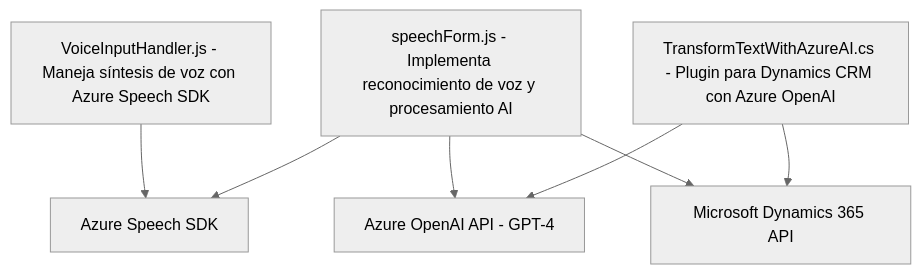
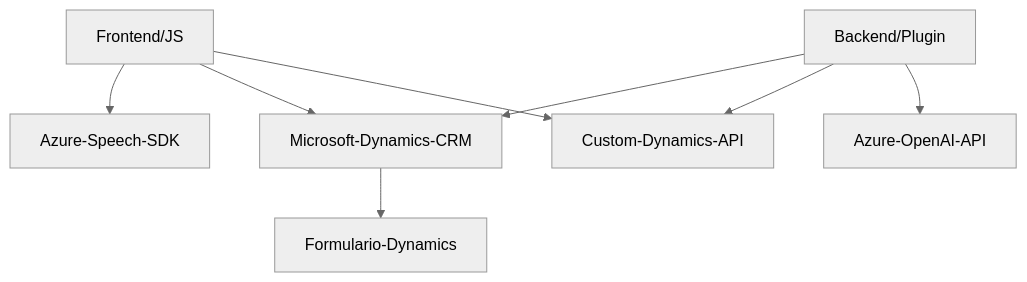
Before and after one commit to blopezdm/NETCORE_BILBAO2025: the diagram in README.md, drawn with Mermaid (neutral theme). The commit also changed other lines of this file, not shown here.

Commit message:
Actualizar análisis global de la solución con IA

````diff
--- a/README.md
+++ b/README.md
@@ -41,16 +46,18 @@
 ```mermaid
 graph TD
-    A["VoiceInputHandler.js - Maneja síntesis de voz con Azure Speech SDK"]
-    B["speechForm.js - Implementa reconocimiento de voz y procesamiento AI"]
-    C["TransformTextWithAzureAI.cs - Plugin para Dynamics CRM con Azure OpenAI"]
-    D["Azure Speech SDK"]
-    E["Microsoft Dynamics 365 API"]
-    F["Azure OpenAI API - GPT-4"]
+    A["Frontend/JS"]
+    B["Backend/Plugin"]
+    C["Microsoft-Dynamics-CRM"]
+    D["Custom-Dynamics-API"]
+    E["Azure-Speech-SDK"]
+    F["Azure-OpenAI-API"]
+    G["Formulario-Dynamics"]
 
+    A --> E
+    A --> C
     A --> D
+    B --> C
     B --> D
     B --> F
-    B --> E
-    C --> F
-    C --> E
+    C --> G
 ```
````
